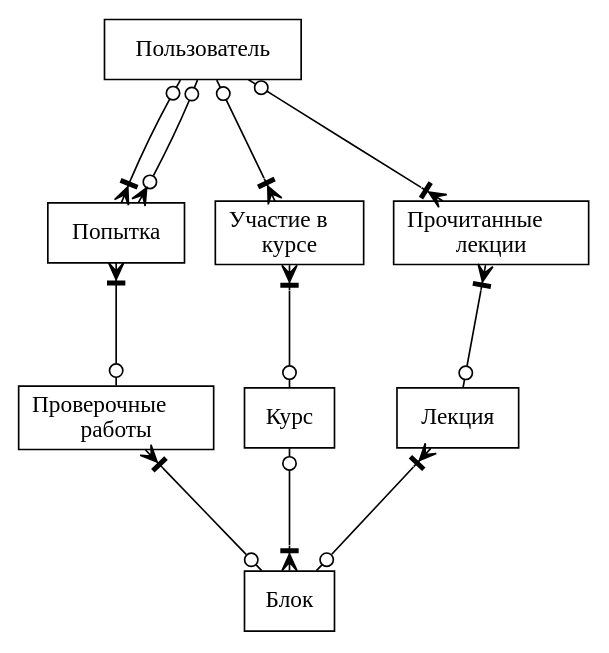
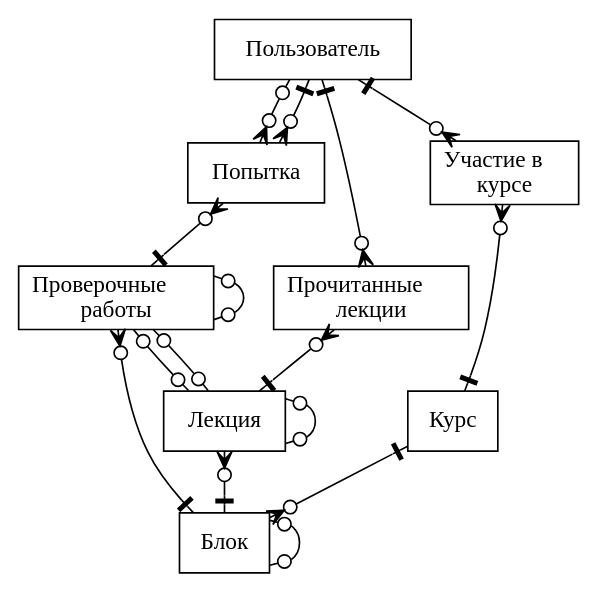
The diagram in Text/schemas/RDB.dot (AsciiShell/DB_project), drawn with Graphviz before and after one commit. The commit also changed 2 other files, not shown here.

Commit message:
Update diagrams

```diff
--- a/Text/schemas/RDB.dot
+++ b/Text/schemas/RDB.dot
@@ -1,27 +1,34 @@
 digraph ERD {
-  ranksep=1;
+  //ranksep=1;
 
   User [ label="{<F> Пользователь}" shape = "record" ];
   Course [ label="{<F> Курс}" shape = "record" ];
   Block [ label="{<F> Блок}" shape = "record" ];
   Task [ label="{<F> Проверочные\l работы}" shape = "record" ];
   Solution [ label="{<F> Попытка}" shape = "record" ];
   Lecture [ label="{<F> Лекция}" shape = "record" ];
   CourseEnroll [ label="{<F> Участие&nbsp;в\l курсе}" shape = "record" ];
   LectureReaded [ label="{<F> Прочитанные \l лекции}" shape = "record" ];
  
-  User->CourseEnroll [arrowhead = crowotee, arrowtail = noneodot, dir=both];
-  User->LectureReaded[arrowhead = crowotee, arrowtail = noneodot, dir=both];
-  User->Solution[arrowhead = crowotee, arrowtail = noneodot, dir=both];
+  User->CourseEnroll [arrowhead = crowodot, arrowtail = noneotee, dir=both];
+  User->LectureReaded[arrowhead = crowodot, arrowtail = noneotee, dir=both];
   User->Solution[arrowhead = crowodot, arrowtail = noneodot, dir=both];
+  User->Solution[arrowhead = crowodot, arrowtail = noneotee, dir=both];
   
-  Solution->Task[arrowhead = noneodot, arrowtail = crowotee, dir=both];
-  CourseEnroll->Course [arrowhead = noneodot, arrowtail = crowotee, dir=both];
-  LectureReaded->Lecture[arrowhead = noneodot, arrowtail = crowotee, dir=both];
+  Solution->Task[arrowhead = noneotee, arrowtail = crowodot, dir=both];
+  CourseEnroll->Course [arrowhead = noneotee, arrowtail = crowodot, dir=both];
+  LectureReaded->Lecture[arrowhead = noneotee, arrowtail = crowodot, dir=both];
   
-  Task->Block[arrowhead = noneodot, arrowtail = crowotee, dir=both];
-  Course->Block[arrowhead = crowotee, arrowtail = noneodot, dir=both];
-  Lecture->Block[arrowhead = noneodot, arrowtail = crowotee, dir=both];
+  Task->Block[arrowhead = noneotee, arrowtail = crowodot, dir=both];
+  Course->Block[arrowhead = crowodot, arrowtail = noneotee, dir=both];
+  Lecture->Block[arrowhead = noneotee, arrowtail = crowodot, dir=both];
   
-  { rank=same; Solution CourseEnroll LectureReaded }
+  // loops
+  
+  Block->Block [arrowhead = noneodot, arrowtail = noneodot, dir=both];
+  Lecture->Lecture [arrowhead = noneodot, arrowtail = noneodot, dir=both];
+  Task->Lecture [arrowhead = noneodot, arrowtail = noneodot, dir=both];
+  Task->Lecture [arrowhead = noneodot, arrowtail = noneodot, dir=both];
+  Task->Task [arrowhead = noneodot, arrowtail = noneodot, dir=both];
+  //{ rank=same; Solution CourseEnroll LectureReaded }
 }
```
